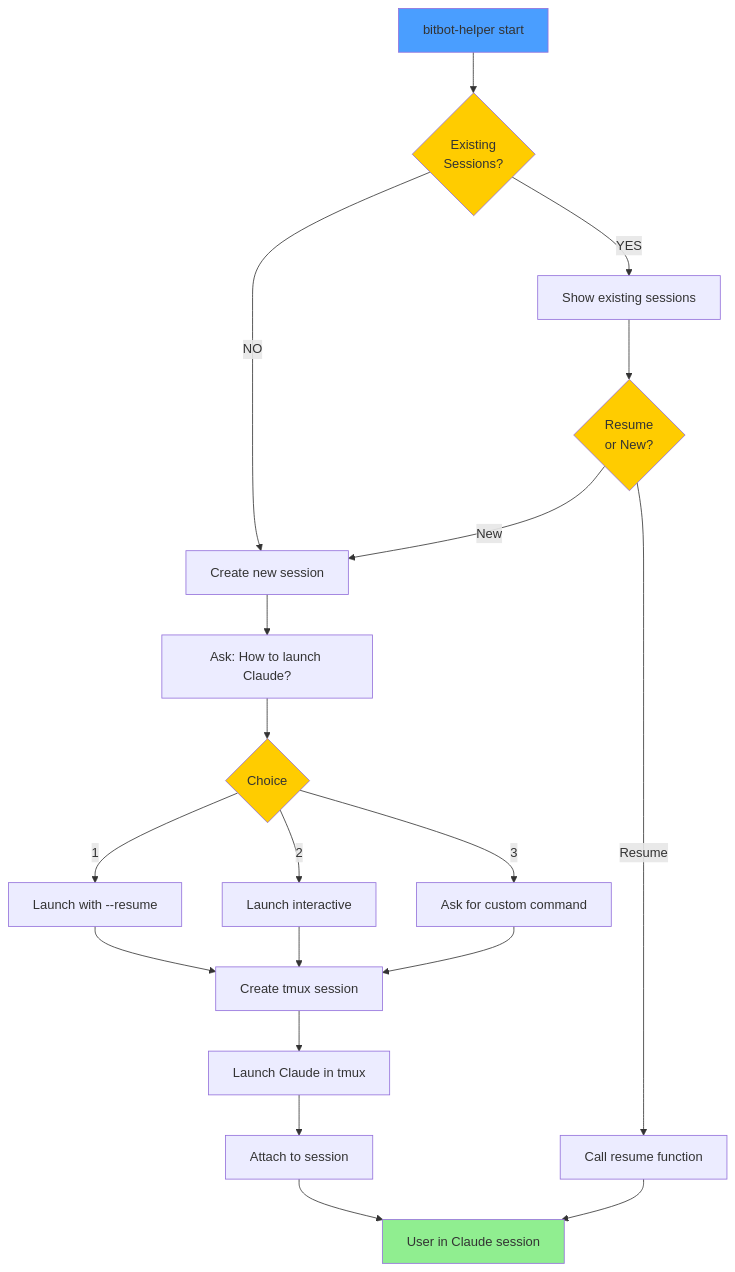
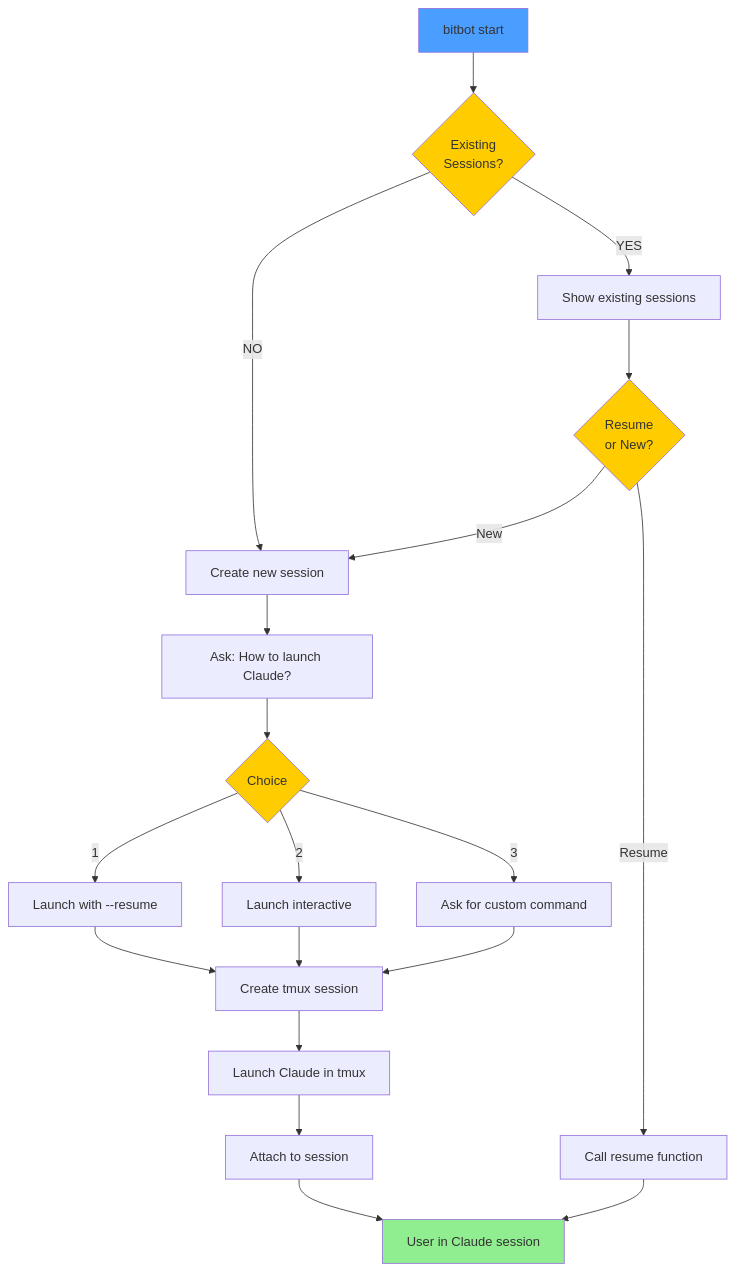
One commit to ManuelKugelmann/BitBot changed the second of 5 diagrams in sparc/2-pseudocode/FLOW_INNER_BITBOT.md. Above: the diagram before and after it, drawn with Mermaid. The commit also changed other lines of this file, not shown here.

First line of the commit message:
Update container bitbot flow with transparent behavior

````diff
--- a/sparc/2-pseudocode/FLOW_INNER_BITBOT.md
+++ b/sparc/2-pseudocode/FLOW_INNER_BITBOT.md
@@ -36,35 +57,35 @@
 ```mermaid
 flowchart TD
-    Cmd[bitbot-helper start] --> Check{Existing<br/>Sessions?}
+    Cmd[bitbot start] --> Check{Existing<br/>Sessions?}
 
     Check -->|YES| ShowEx[Show existing sessions]
     Check -->|NO| NewSess[Create new session]
 
     ShowEx --> Choice{Resume<br/>or New?}
     Choice -->|Resume| Resume[Call resume function]
     Choice -->|New| NewSess
 
     NewSess --> ModeQ[Ask: How to launch Claude?]
     ModeQ --> Mode{Choice}
 
     Mode -->|1| Resume1[Launch with --resume]
     Mode -->|2| Inter[Launch interactive]
     Mode -->|3| Custom[Ask for custom command]
 
     Resume1 --> Create
     Inter --> Create
     Custom --> Create
 
     Create[Create tmux session]
     Create --> Launch[Launch Claude in tmux]
     Launch --> Attach[Attach to session]
     Attach --> Done[User in Claude session]
 
     Resume --> Done
 
     style Cmd fill:#4a9eff
     style Check fill:#ffcc00
     style Choice fill:#ffcc00
     style Mode fill:#ffcc00
     style Done fill:#90ee90
 ```
````
